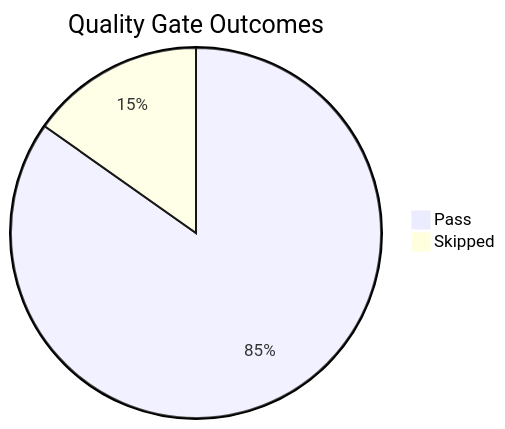
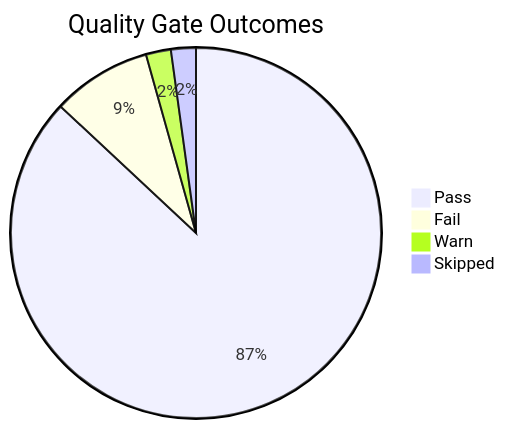
One commit to yeongseon/azure-app-service-practical-guide changed the diagram in docs/meta/golden-status.md. Above: the diagram before and after it, drawn with Mermaid. The commit also changed other lines of this file and 1 other file, not shown here.

````diff
--- a/docs/meta/golden-status.md
+++ b/docs/meta/golden-status.md
@@ -44,5 +42,7 @@
 ```mermaid
 pie title Quality Gate Outcomes
-    "Pass" : 39
-    "Skipped" : 7
+    "Pass" : 40
+    "Fail" : 4
+    "Warn" : 1
+    "Skipped" : 1
 ```
````
